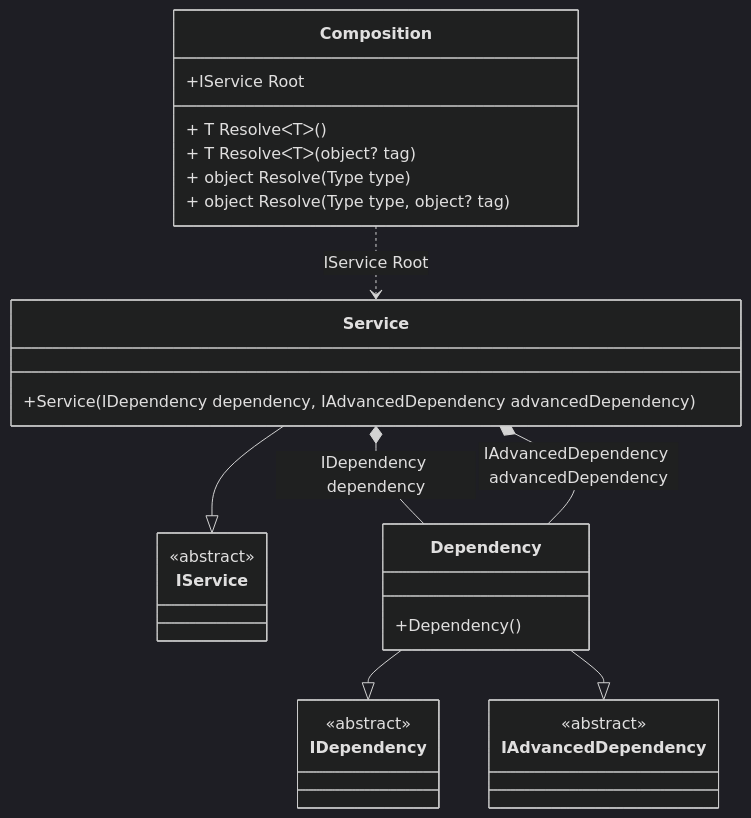
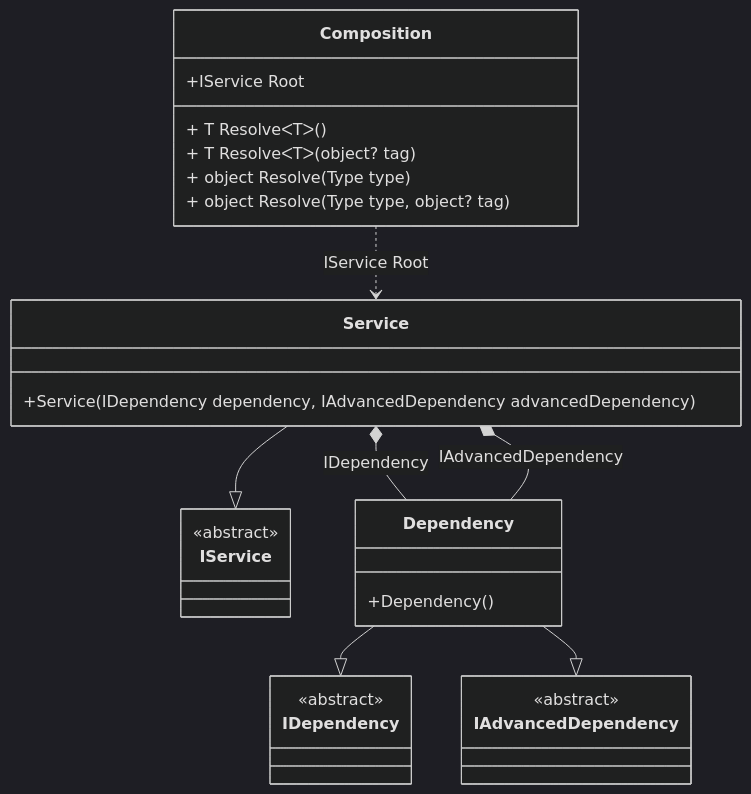
One commit to DevTeam/Pure.DI changed the diagram in readme/multi-contract-bindings.md. Above: the diagram before and after it, drawn with Mermaid (dark theme). The commit also changed other lines of this file and 84 other files, not shown here.

````diff
--- a/readme/multi-contract-bindings.md
+++ b/readme/multi-contract-bindings.md
@@ -34,31 +34,31 @@
 ```mermaid
 classDiagram
   class Composition {
     +IService Root
     + T ResolveᐸTᐳ()
     + T ResolveᐸTᐳ(object? tag)
     + object Resolve(Type type)
     + object Resolve(Type type, object? tag)
   }
   Service --|> IService : 
   class Service {
     +Service(IDependency dependency, IAdvancedDependency advancedDependency)
   }
   Dependency --|> IDependency : 
   Dependency --|> IAdvancedDependency : 
   class Dependency {
     +Dependency()
   }
   class IService {
     <<abstract>>
   }
   class IDependency {
     <<abstract>>
   }
   class IAdvancedDependency {
     <<abstract>>
   }
-  Service *--  Dependency : IDependency dependency
-  Service *--  Dependency : IAdvancedDependency advancedDependency
+  Service *--  Dependency : IDependency
+  Service *--  Dependency : IAdvancedDependency
   Composition ..> Service : IService Root
 ```
````
